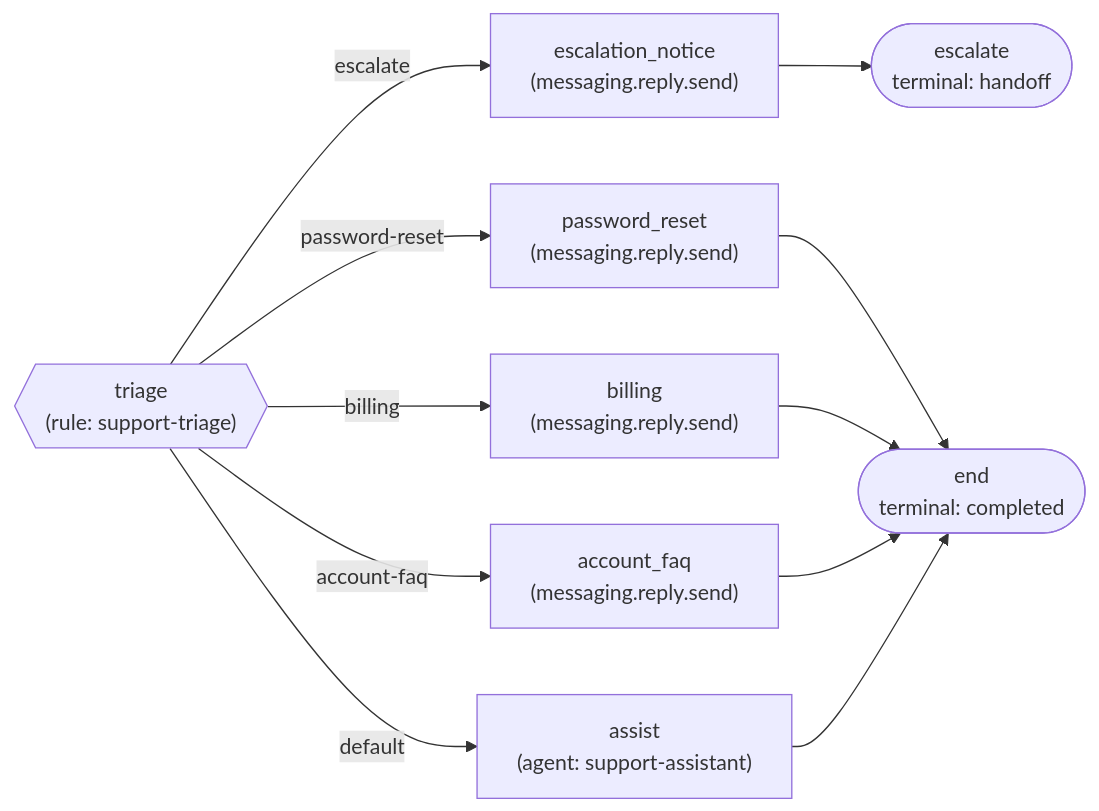
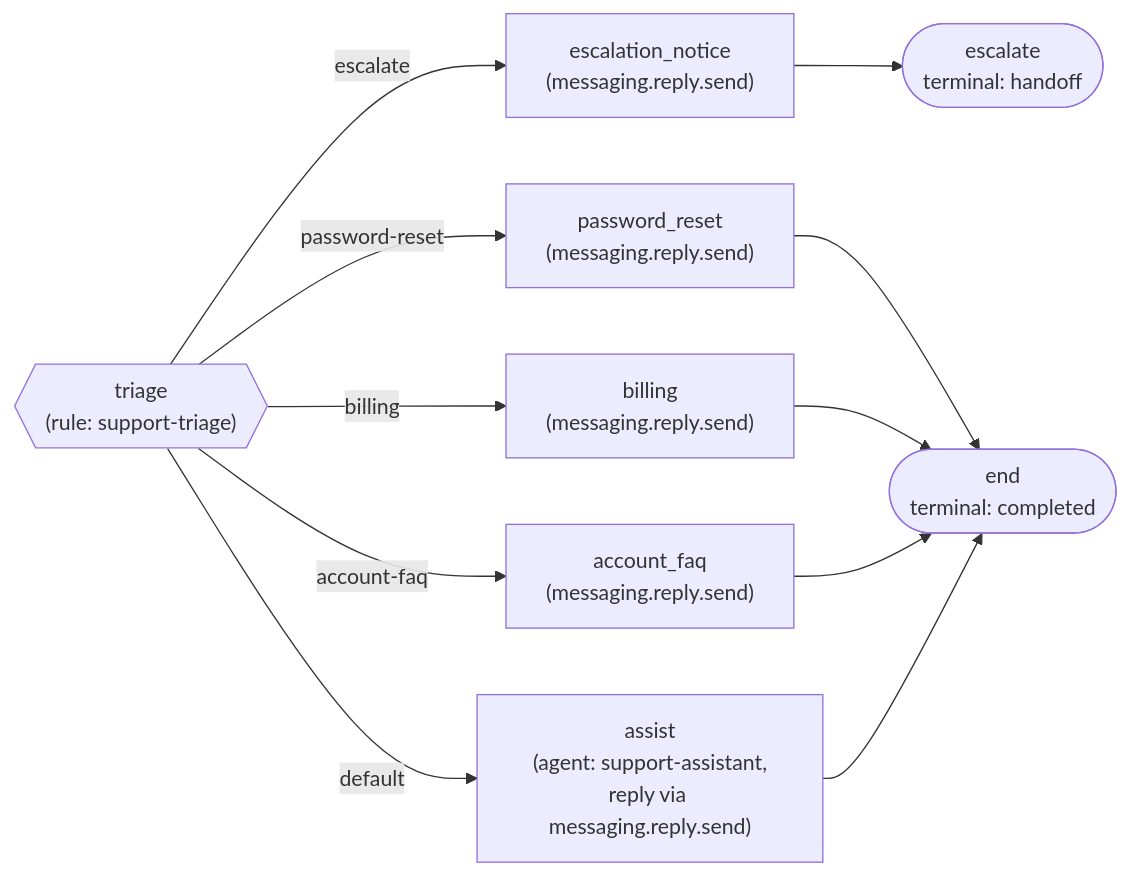
One commit to ebarahona/hermes-one changed the diagram in verticals/support/README.md. Above: the diagram before and after it, drawn with Mermaid. The commit also changed other lines of this file and 13 other files, not shown here.

````diff
--- a/verticals/support/README.md
+++ b/verticals/support/README.md
@@ -24,14 +24,14 @@
 ```mermaid
 flowchart LR
   triage{{"triage<br/>(rule: support-triage)"}}
   triage -- escalate --> escalation_notice["escalation_notice<br/>(messaging.reply.send)"]
   escalation_notice --> escalate(["escalate<br/>terminal: handoff"])
   triage -- password-reset --> password_reset["password_reset<br/>(messaging.reply.send)"]
   triage -- billing --> billing["billing<br/>(messaging.reply.send)"]
   triage -- account-faq --> account_faq["account_faq<br/>(messaging.reply.send)"]
-  triage -- default --> assist["assist<br/>(agent: support-assistant)"]
+  triage -- default --> assist["assist<br/>(agent: support-assistant,<br/>reply via messaging.reply.send)"]
   password_reset --> end_(["end<br/>terminal: completed"])
   billing --> end_
   account_faq --> end_
   assist --> end_
 ```
````
